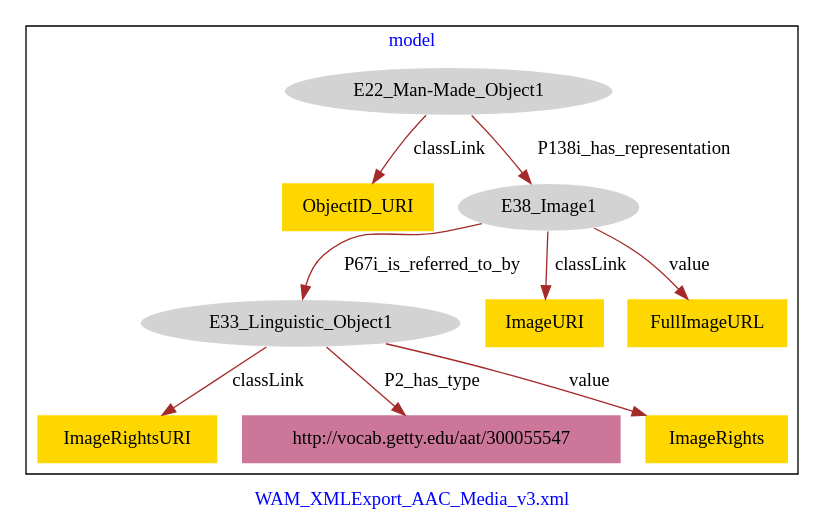
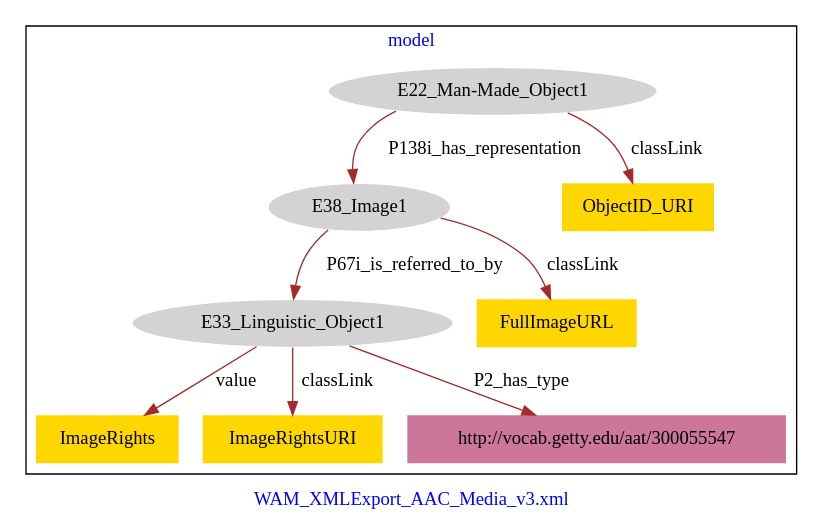
Before and after one commit to american-art/wam: the diagram in WAM_AAC_Media/WAM_AAC_Media-model.dot, drawn with Graphviz.

Commit message:
Update file WAM_AAC_Media-model.dot

```diff
--- a/WAM_AAC_Media/WAM_AAC_Media-model.dot
+++ b/WAM_AAC_Media/WAM_AAC_Media-model.dot
@@ -1,25 +1,23 @@
 digraph n0 {
 fontcolor="blue"
 remincross="true"
 label="WAM_XMLExport_AAC_Media_v3.xml"
 subgraph cluster {
 label="model"
 n2[style="filled",color="white",fillcolor="lightgray",label="E22_Man-Made_Object1"];
-n3[shape="plaintext",style="filled",fillcolor="gold",label="ObjectID_URI"];
-n4[style="filled",color="white",fillcolor="lightgray",label="E38_Image1"];
-n5[style="filled",color="white",fillcolor="lightgray",label="E33_Linguistic_Object1"];
-n6[shape="plaintext",style="filled",fillcolor="gold",label="ImageRightsURI"];
-n7[shape="plaintext",style="filled",fillcolor="#CC7799",label="http://vocab.getty.edu/aat/300055547"];
-n8[shape="plaintext",style="filled",fillcolor="gold",label="ImageRights"];
-n9[shape="plaintext",style="filled",fillcolor="gold",label="ImageURI"];
-n10[shape="plaintext",style="filled",fillcolor="gold",label="FullImageURL"];
+n3[style="filled",color="white",fillcolor="lightgray",label="E38_Image1"];
+n4[style="filled",color="white",fillcolor="lightgray",label="E33_Linguistic_Object1"];
+n5[shape="plaintext",style="filled",fillcolor="gold",label="ObjectID_URI"];
+n6[shape="plaintext",style="filled",fillcolor="gold",label="ImageRights"];
+n7[shape="plaintext",style="filled",fillcolor="gold",label="ImageRightsURI"];
+n8[shape="plaintext",style="filled",fillcolor="gold",label="FullImageURL"];
+n9[shape="plaintext",style="filled",fillcolor="#CC7799",label="http://vocab.getty.edu/aat/300055547"];
 }
-n2 -> n3[color="brown",fontcolor="black",label="classLink"]
-n2 -> n4[color="brown",fontcolor="black",label="P138i_has_representation"]
-n5 -> n6[color="brown",fontcolor="black",label="classLink"]
-n5 -> n7[color="brown",fontcolor="black",label="P2_has_type"]
-n5 -> n8[color="brown",fontcolor="black",label="value"]
-n4 -> n9[color="brown",fontcolor="black",label="classLink"]
-n4 -> n5[color="brown",fontcolor="black",label="P67i_is_referred_to_by"]
-n4 -> n10[color="brown",fontcolor="black",label="value"]
+n2 -> n3[color="brown",fontcolor="black",label="P138i_has_representation"]
+n3 -> n4[color="brown",fontcolor="black",label="P67i_is_referred_to_by"]
+n2 -> n5[color="brown",fontcolor="black",label="classLink"]
+n4 -> n6[color="brown",fontcolor="black",label="value"]
+n4 -> n7[color="brown",fontcolor="black",label="classLink"]
+n3 -> n8[color="brown",fontcolor="black",label="classLink"]
+n4 -> n9[color="brown",fontcolor="black",label="P2_has_type"]
 }
```
